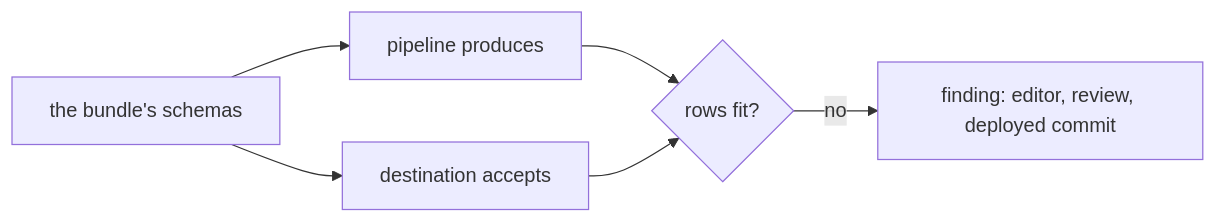
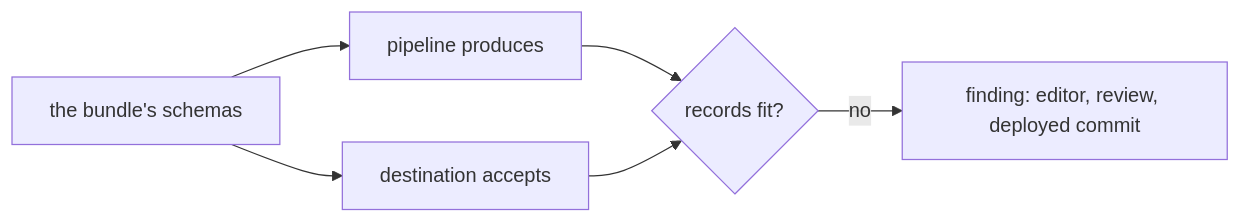
One commit to smeltr-sh/smeltr changed the first of 5 diagrams in docs/architecture/config-plane.md. Above: the diagram before and after it, drawn with Mermaid. The commit also changed other lines of this file, not shown here.

````diff
--- a/docs/architecture/config-plane.md
+++ b/docs/architecture/config-plane.md
@@ -98,8 +98,8 @@
 ```mermaid
 flowchart LR
   S[the bundle's schemas] --> P[pipeline produces]
   S --> D[destination accepts]
-  P --> F{rows fit?}
+  P --> F{records fit?}
   D --> F
   F -- no --> W[finding: editor, review, deployed commit]
 ```
````
